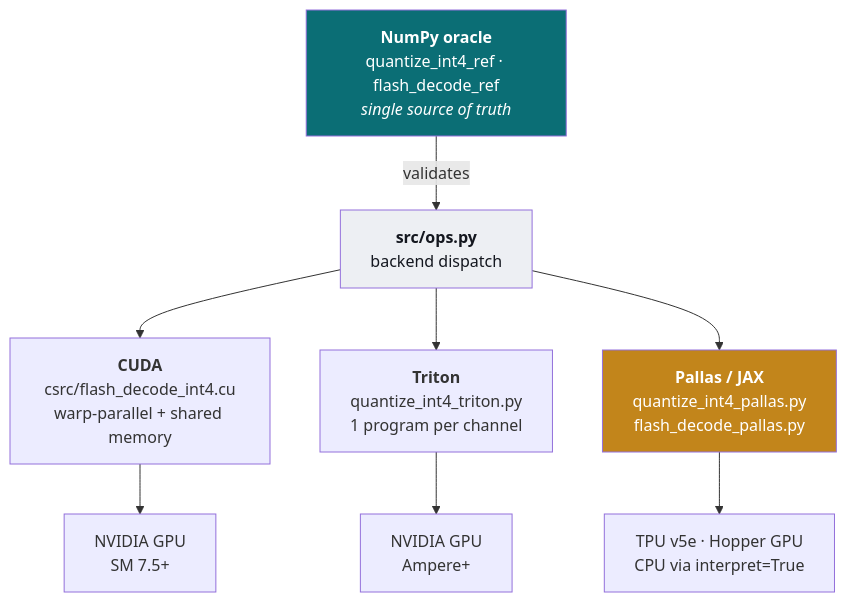
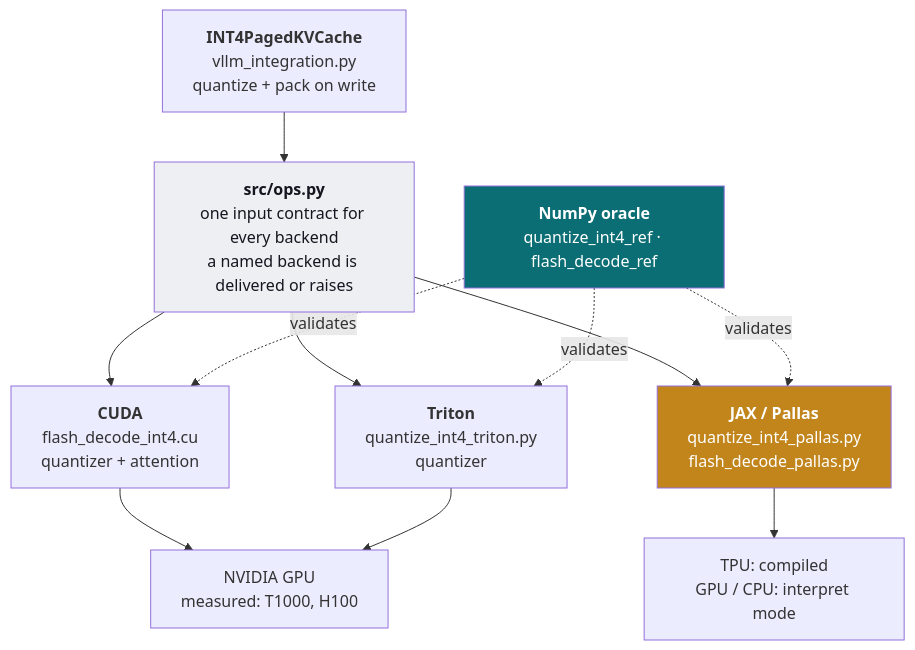
One commit to ArchanaChetan07/int4-kv-cache-quantization-cuda-triton-pallas changed the second of 3 diagrams in README.md. Above: the diagram before and after it, drawn with Mermaid. The commit also changed other lines of this file and 7 other files, not shown here.

````diff
--- a/README.md
+++ b/README.md
@@ -183,23 +212,24 @@
 ```mermaid
 flowchart TD
-    ORACLE["<b>NumPy oracle</b><br/>quantize_int4_ref · flash_decode_ref<br/><i>single source of truth</i>"]
-    DISPATCH["<b>src/ops.py</b><br/>backend dispatch"]
+    CACHE["<b>INT4PagedKVCache</b><br/>vllm_integration.py<br/>quantize + pack on write"]
+    DISPATCH["<b>src/ops.py</b><br/>one input contract for every backend<br/>a named backend is delivered or raises"]
+    ORACLE["<b>NumPy oracle</b><br/>quantize_int4_ref · flash_decode_ref"]
 
-    CUDA["<b>CUDA</b><br/>csrc/flash_decode_int4.cu<br/>warp-parallel + shared memory"]
-    TRITON["<b>Triton</b><br/>quantize_int4_triton.py<br/>1 program per channel"]
-    PALLAS["<b>Pallas / JAX</b><br/>quantize_int4_pallas.py<br/>flash_decode_pallas.py"]
+    CUDA["<b>CUDA</b><br/>flash_decode_int4.cu<br/>quantizer + attention"]
+    TRITON["<b>Triton</b><br/>quantize_int4_triton.py<br/>quantizer"]
+    PALLAS["<b>JAX / Pallas</b><br/>quantize_int4_pallas.py<br/>flash_decode_pallas.py"]
 
-    HWC["NVIDIA GPU<br/>SM 7.5+"]
-    HWT["NVIDIA GPU<br/>Ampere+"]
-    HWP["TPU v5e · Hopper GPU<br/>CPU via interpret=True"]
+    HWG["NVIDIA GPU<br/>measured: T1000, H100"]
+    HWP["TPU: compiled<br/>GPU / CPU: interpret mode"]
 
-    ORACLE -->|validates| DISPATCH
+    CACHE --> DISPATCH
     DISPATCH --> CUDA & TRITON & PALLAS
-    CUDA --> HWC
-    TRITON --> HWT
+    ORACLE -.->|validates| CUDA & TRITON & PALLAS
+    CUDA --> HWG
+    TRITON --> HWG
     PALLAS --> HWP
 
     style ORACLE fill:#0B6E75,color:#fff
     style PALLAS fill:#C2851B,color:#fff
     style DISPATCH fill:#EDEFF3,color:#14171F
 ```
````
